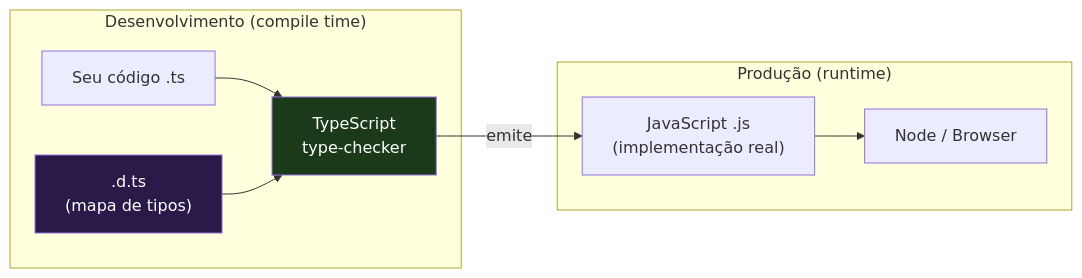
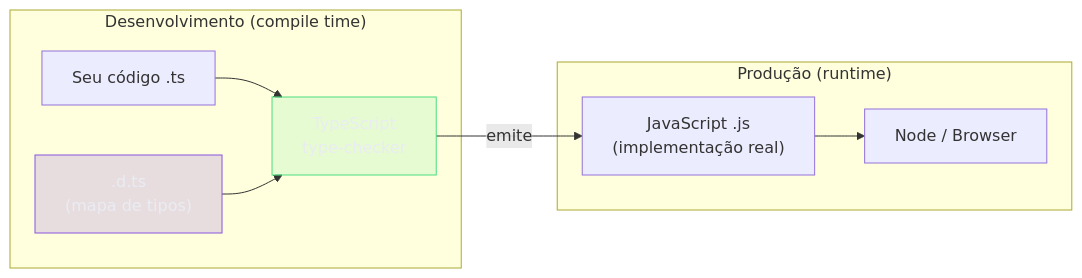
Before and after one commit to josenaldo/codex-technomanticus: the first of 6 diagrams in 03-Dominios/Tecnologia/TypeScript/22 - Declaration files (.d.ts) e o ecossistema de tipos.md, drawn with Mermaid. The commit also changed other lines of this file and 1181 other files, not shown here.

First line of the commit message:
fix(diagramas): paleta do sistema no lugar de cor cravada no markdown

````diff
--- a/03-Dominios/Tecnologia/TypeScript/22 - Declaration files (.d.ts) e o ecossistema de tipos.md
+++ b/03-Dominios/Tecnologia/TypeScript/22 - Declaration files (.d.ts) e o ecossistema de tipos.md
@@ -32,18 +32,20 @@
 ```mermaid
 flowchart LR
+    classDef marca fill:#8855DF33,stroke:#8855DF,color:#E9ECF2
+    classDef ok fill:#4ADE8021,stroke:#4ADE80,color:#E9ECF2
     subgraph "Desenvolvimento (compile time)"
         TS["Seu código .ts"]
         DTS[".d.ts\n(mapa de tipos)"]
         CHK["TypeScript\ntype-checker"]
         TS --> CHK
         DTS --> CHK
     end
     subgraph "Produção (runtime)"
         JS["JavaScript .js\n(implementação real)"]
         NODE["Node / Browser"]
         JS --> NODE
     end
     CHK -->|"emite"| JS
-    style DTS fill:#2a1a4a,color:#fff
-    style CHK fill:#1a3a1a,color:#fff
+    class DTS marca
+    class CHK ok
 ```
````
